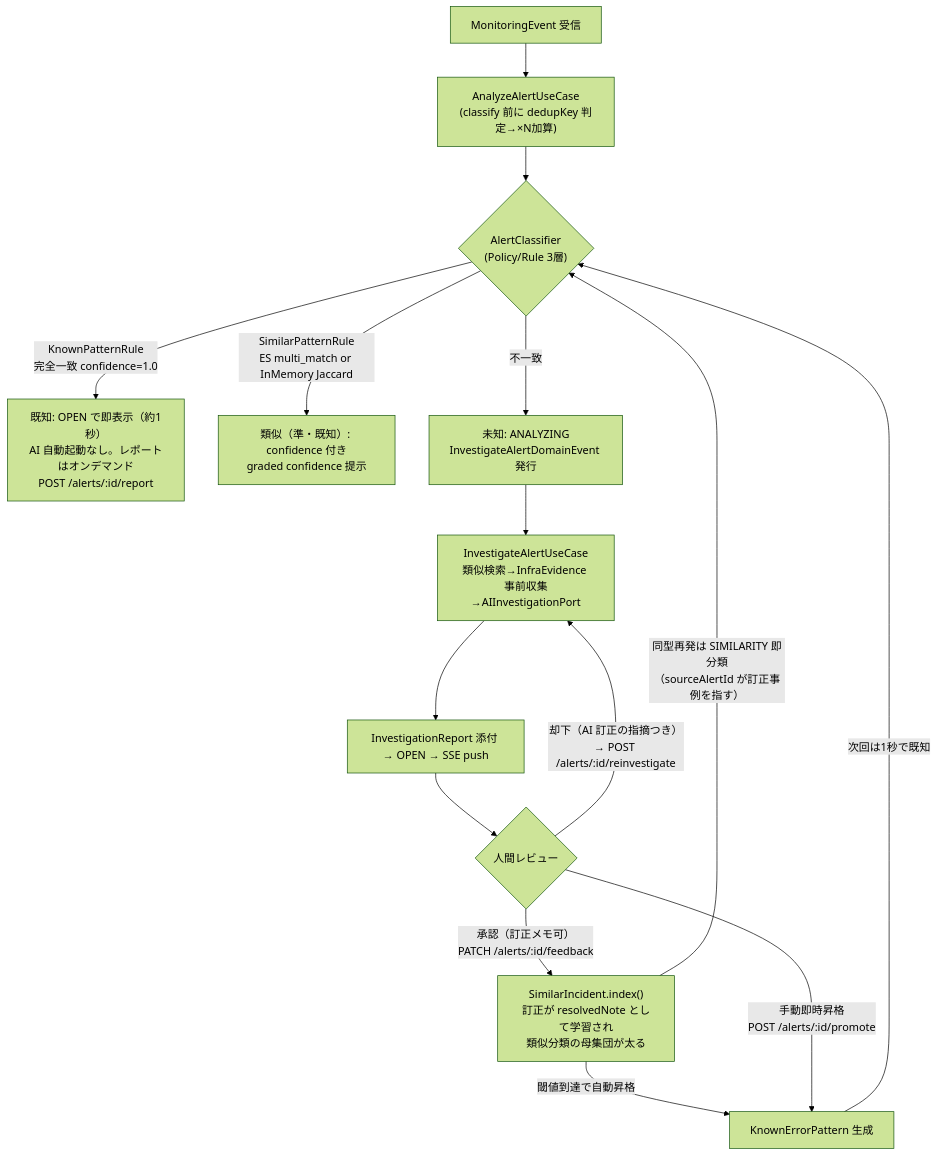
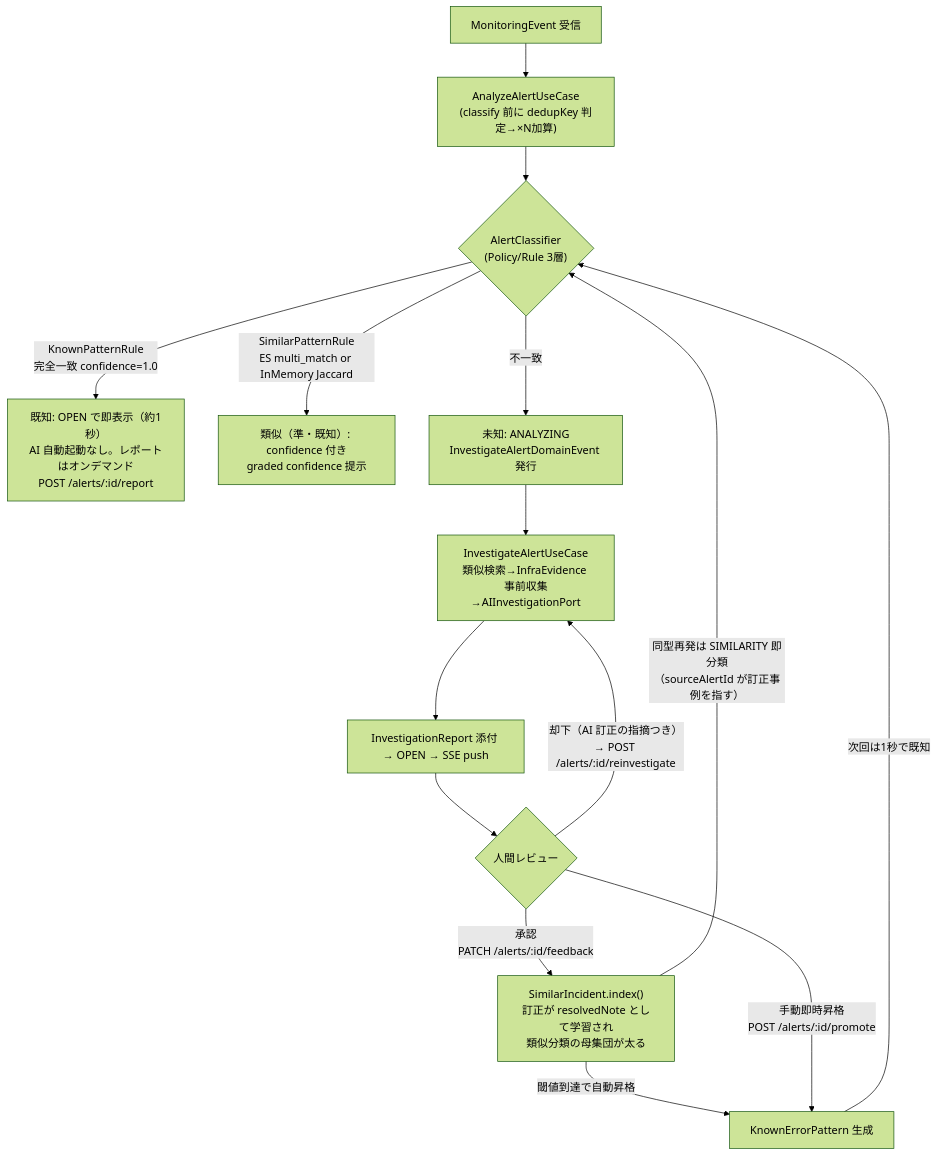
The second of 5 diagrams in docs/architecture.md (nagoyamanaka/ec-monitoring-agent), drawn with Mermaid (forest theme) before and after one commit. The commit also changed other lines of this file and 1 other file, not shown here.

Commit message:
文言修正

````diff
--- a/docs/architecture.md
+++ b/docs/architecture.md
@@ -68,17 +68,17 @@
 ```mermaid
 flowchart TD
   ME["MonitoringEvent 受信"] --> AA["AnalyzeAlertUseCase<br/>(classify 前に dedupKey 判定→×N加算)"]
   AA --> C{"AlertClassifier<br/>(Policy/Rule 3層)"}
   C -->|"KnownPatternRule<br/>完全一致 confidence=1.0"| K["既知: OPEN で即表示（約1秒）<br/>AI 自動起動なし。レポートはオンデマンド<br/>POST /alerts/:id/report"]
   C -->|"SimilarPatternRule<br/>ES multi_match or InMemory Jaccard"| S["類似（準・既知）: confidence 付き<br/>graded confidence 提示"]
   C -->|不一致| U["未知: ANALYZING<br/>InvestigateAlertDomainEvent 発行"]
   U --> INV["InvestigateAlertUseCase<br/>類似検索→InfraEvidence 事前収集→AIInvestigationPort"]
   INV --> RPT["InvestigationReport 添付 → OPEN → SSE push"]
   RPT --> H{"人間レビュー"}
-  H -->|"承認（訂正メモ可）<br/>PATCH /alerts/:id/feedback"| SIDX["SimilarIncident.index()<br/>訂正が resolvedNote として学習され<br/>類似分類の母集団が太る"]
+  H -->|"承認 <br/>PATCH /alerts/:id/feedback"| SIDX["SimilarIncident.index()<br/>訂正が resolvedNote として学習され<br/>類似分類の母集団が太る"]
   SIDX -->|"閾値到達で自動昇格"| KP["KnownErrorPattern 生成"]
   SIDX -->|"同型再発は SIMILARITY 即分類<br/>（sourceAlertId が訂正事例を指す）"| C
   H -->|"手動即時昇格<br/>POST /alerts/:id/promote"| KP
   H -->|"却下（AI 訂正の指摘つき）<br/>→ POST /alerts/:id/reinvestigate"| INV
   KP -->|次回は1秒で既知| C
 ```
````
